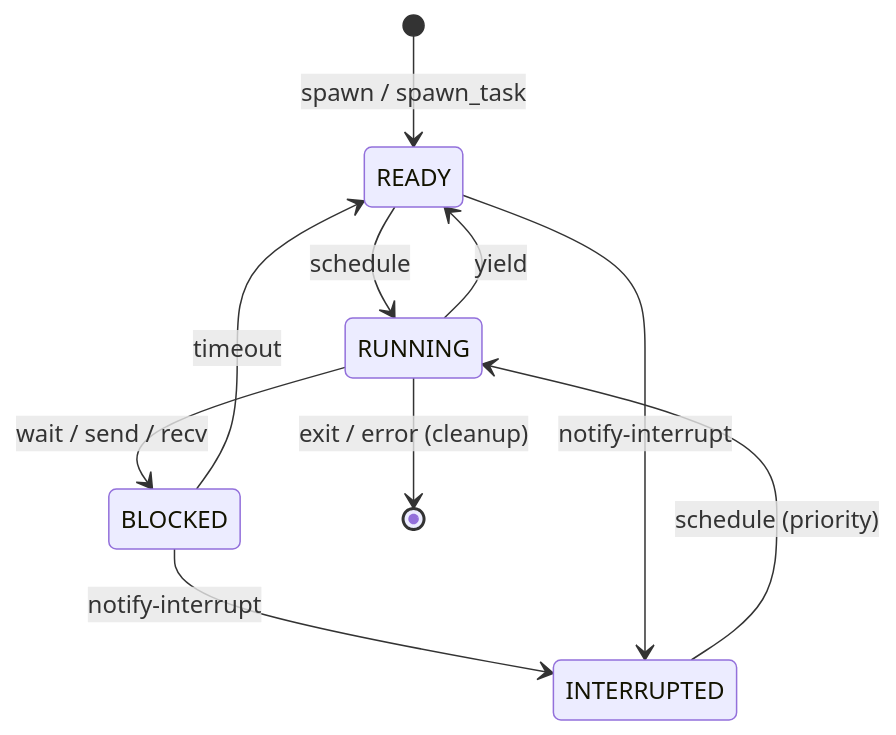
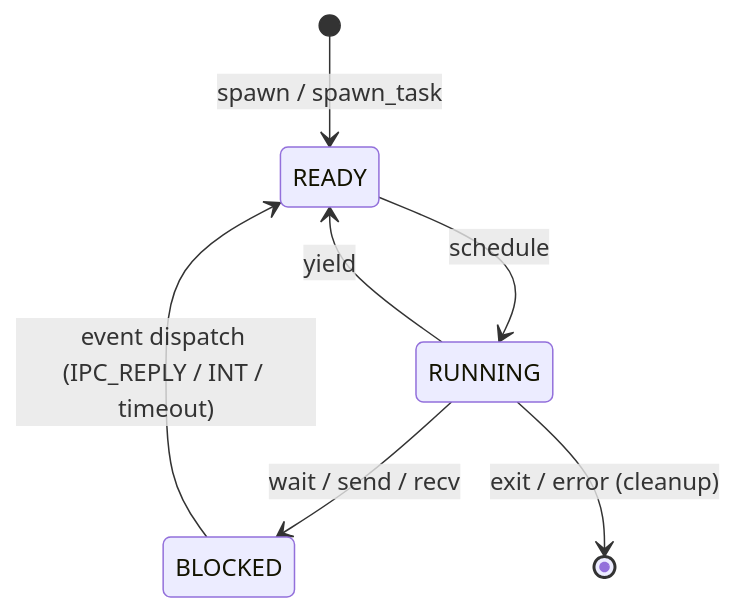
One commit to kmt-t/fireball changed the second of 2 diagrams in docs/components/core/os_scheduler.md. Above: the diagram before and after it, drawn with Mermaid. The commit also changed other lines of this file and 44 other files, not shown here.

````diff
--- a/docs/components/core/os_scheduler.md
+++ b/docs/components/core/os_scheduler.md
@@ -54,17 +54,13 @@
 ```mermaid
 stateDiagram-v2
     state "READY" as ready
     state "RUNNING" as running
     state "BLOCKED" as blocked
-    state "INTERRUPTED" as interrupted
     
     [*] --> ready: spawn / spawn_task
     ready --> running: schedule
     running --> ready: yield
     running --> blocked: wait / send / recv
-    blocked --> ready: timeout
-    blocked --> interrupted: notify-interrupt
-    ready --> interrupted: notify-interrupt
-    interrupted --> running: schedule (priority)
+    blocked --> ready: event dispatch (IPC_REPLY / INT / timeout)
     running --> [*]: exit / error (cleanup)
 ```
````
